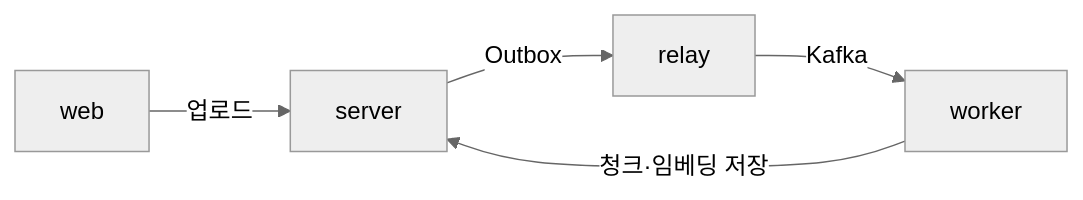
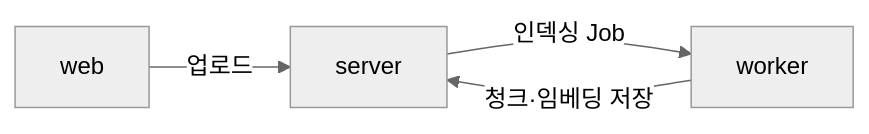
The diagram in README.md (mash-up-kr/spr1n6-osscontest-server), drawn with Mermaid (neutral theme) before and after one commit. The commit also changed other lines of this file and 7 other files, not shown here.

Commit message:
docs: relay·Kafka 언급을 걷어내고 스키마 문서를 DB Job 큐 기준으로 갱신

````diff
--- a/README.md
+++ b/README.md
@@ -34,7 +34,6 @@
 ```mermaid
 flowchart LR
     web[web] -->|업로드| server[server]
-    server -->|Outbox| relay[relay]
-    relay -->|Kafka| worker[worker]
+    server -->|인덱싱 Job| worker[worker]
     worker -->|청크·임베딩 저장| server
 ```
````
